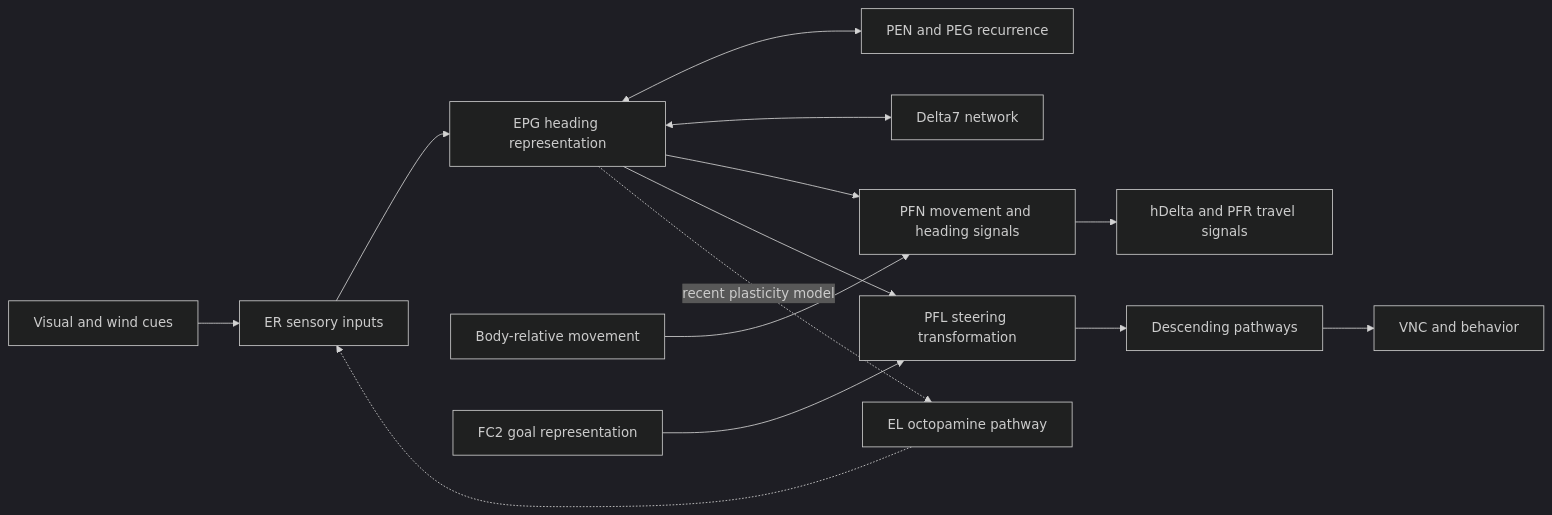
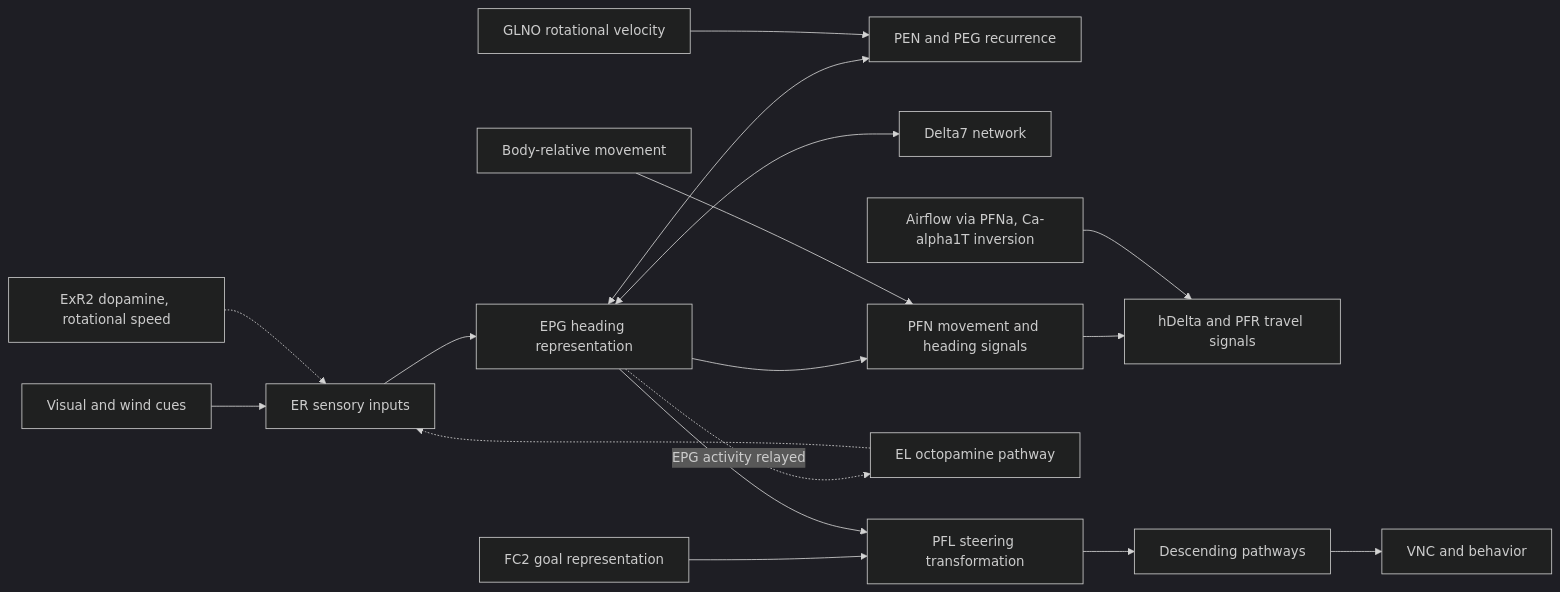
Before and after one commit to nicodunks/continuouslearning: the diagram in docs/circuit-and-open-questions.md, drawn with Mermaid (dark theme). The commit also changed other lines of this file and 194 other files, not shown here.

````diff
--- a/docs/circuit-and-open-questions.md
+++ b/docs/circuit-and-open-questions.md
@@ -24,16 +26,19 @@
 ```mermaid
 flowchart LR
   C[Visual and wind cues] --> R[ER sensory inputs]
   R --> E[EPG heading representation]
   E <--> P[PEN and PEG recurrence]
   E <--> D[Delta7 network]
   E --> V[PFN movement and heading signals]
   M[Body-relative movement] --> V
   V --> H[hDelta and PFR travel signals]
   G[FC2 goal representation] --> O[PFL steering transformation]
   E --> O
   O --> N[Descending pathways]
   N --> B[VNC and behavior]
-  E -. recent plasticity model .-> EL[EL octopamine pathway]
+  E -. EPG activity relayed .-> EL[EL octopamine pathway]
   EL -.-> R
+  X[ExR2 dopamine, rotational speed] -.-> R
+  W[GLNO rotational velocity] --> P
+  A[Airflow via PFNa, Ca-alpha1T inversion] --> H
 ```
````
